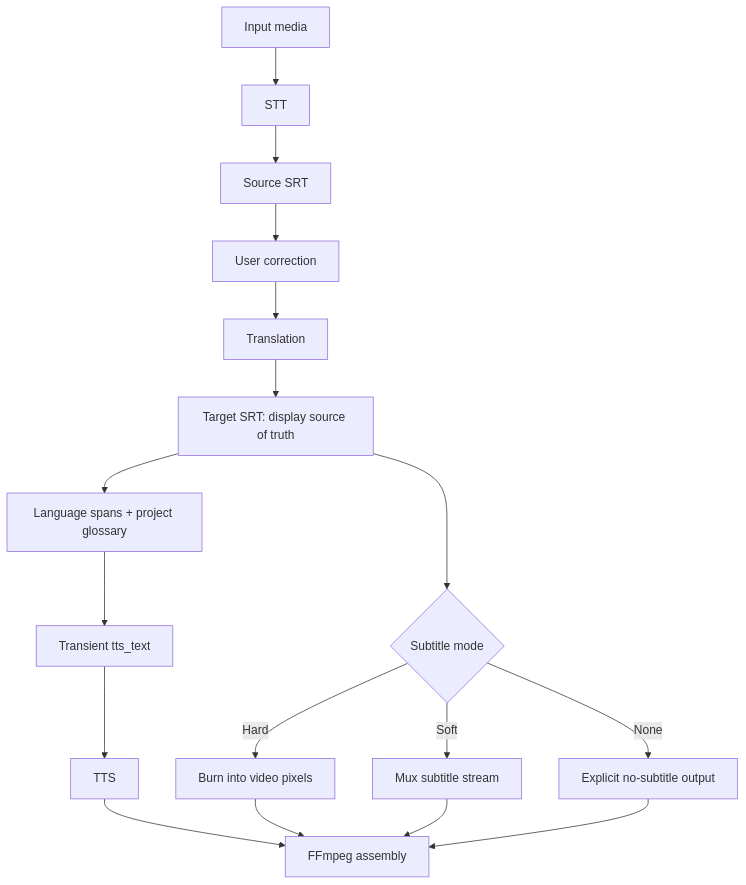
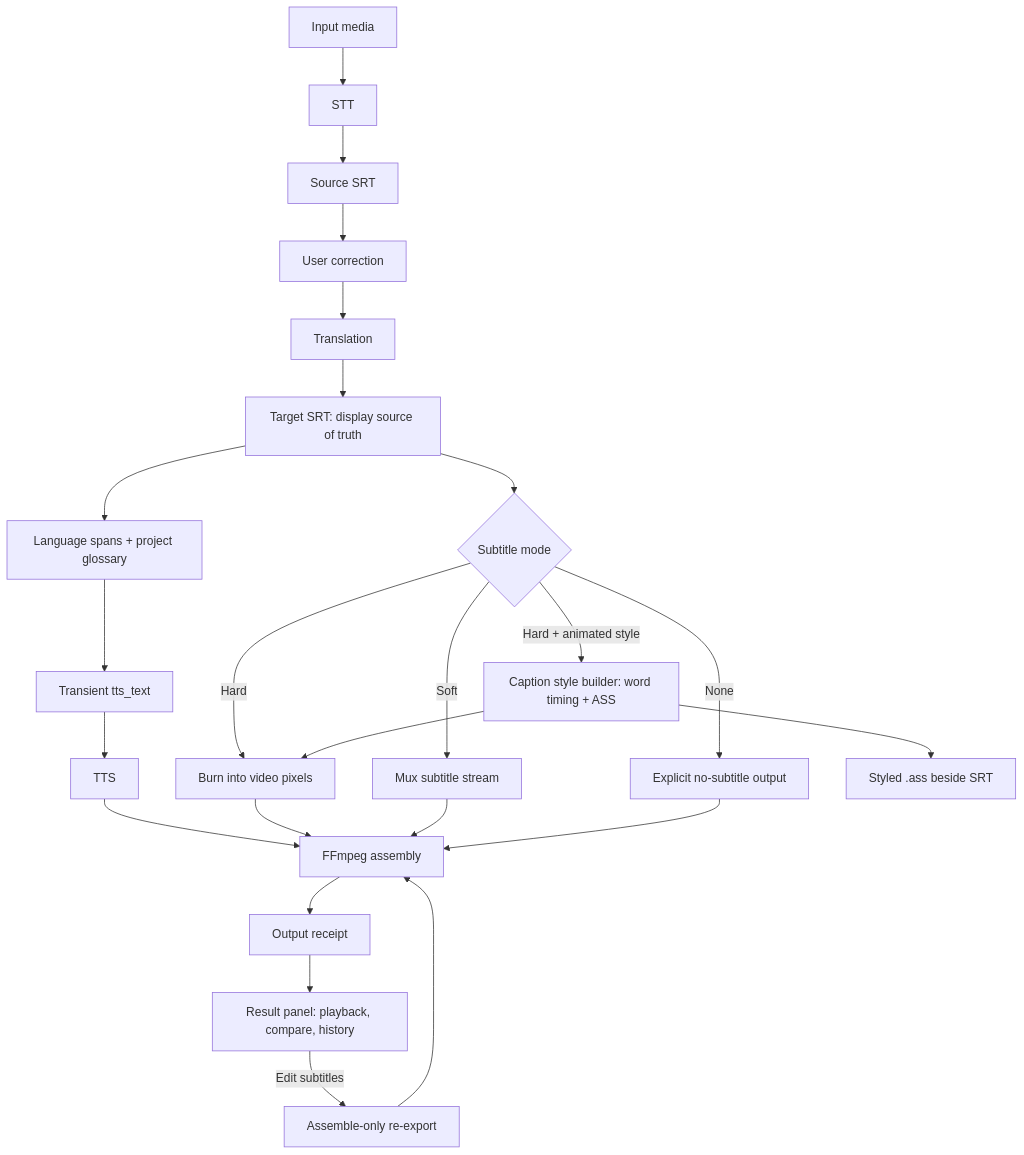
Before and after one commit to danghoangsqtt-sys/dhsys-translator: the diagram in .DHSYSTEM/architecture/data-flow.mermaid, drawn with Mermaid. The commit also changed 39 other files, not shown here.

```diff
--- a/.DHSYSTEM/architecture/data-flow.mermaid
+++ b/.DHSYSTEM/architecture/data-flow.mermaid
@@ -1,17 +1,24 @@
 flowchart TD
     Media[Input media] --> Recognize[STT]
     Recognize --> SourceSRT[Source SRT]
     SourceSRT --> Correct[User correction]
     Correct --> Translate[Translation]
     Translate --> TargetSRT[Target SRT: display source of truth]
     TargetSRT --> Pronounce[Language spans + project glossary]
     Pronounce --> TTSText[Transient tts_text]
     TTSText --> Synthesize[TTS]
     TargetSRT --> SubtitleMode{Subtitle mode}
     SubtitleMode -->|Hard| Burn[Burn into video pixels]
     SubtitleMode -->|Soft| Mux[Mux subtitle stream]
     SubtitleMode -->|None| NoSub[Explicit no-subtitle output]
+    SubtitleMode -->|Hard + animated style| Caption[Caption style builder: word timing + ASS]
+    Caption --> Burn
+    Caption --> AssFile[Styled .ass beside SRT]
     Synthesize --> Assemble[FFmpeg assembly]
     Burn --> Assemble
     Mux --> Assemble
     NoSub --> Assemble
+    Assemble --> Receipt[Output receipt]
+    Receipt --> Result[Result panel: playback, compare, history]
+    Result -->|Edit subtitles| ReExport[Assemble-only re-export]
+    ReExport --> Assemble
```
